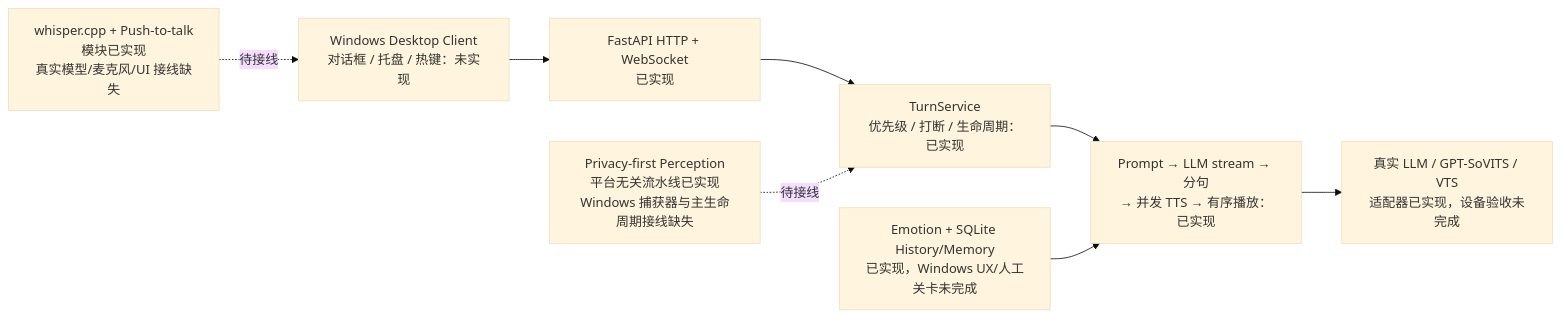
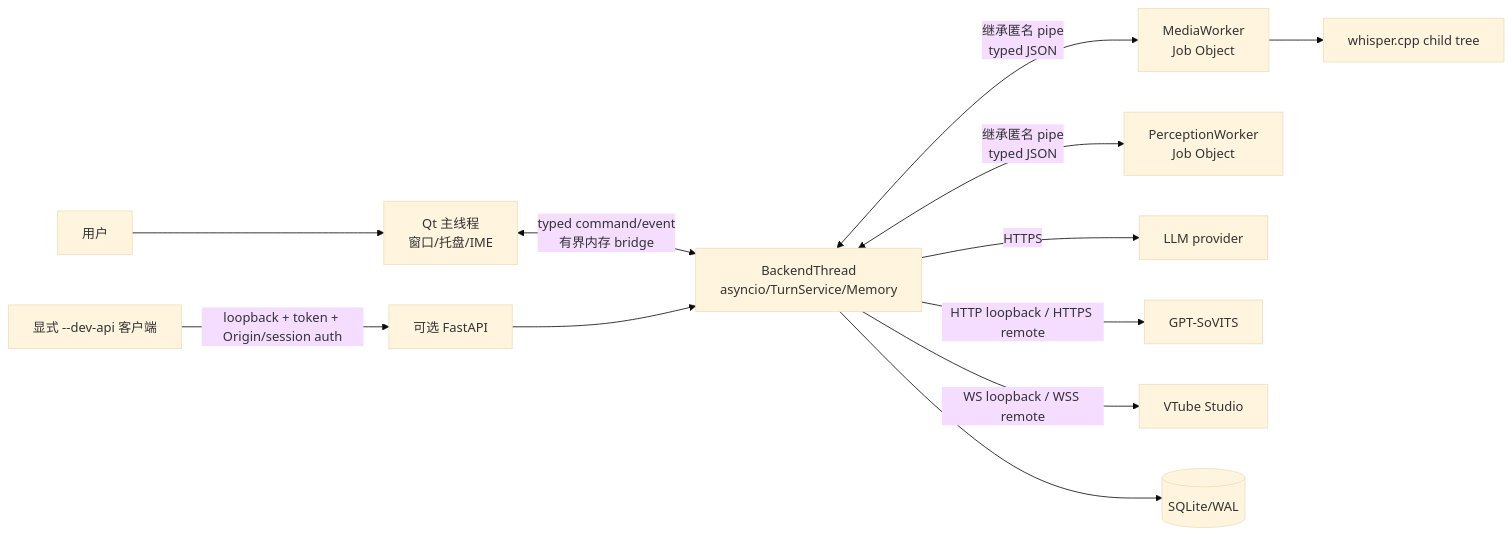
The first of 6 diagrams in docs/windows_development_plan.md (mizusawa-matsuri937/megumin_companion_ai), drawn with Mermaid (base theme) before and after one commit. The commit also changed other lines of this file and 43 other files, not shown here.

````diff
--- a/docs/windows_development_plan.md
+++ b/docs/windows_development_plan.md
@@ -25,16 +251,14 @@
 ```mermaid
 flowchart LR
-    UI["Windows Desktop Client\n对话框 / 托盘 / 热键：未实现"]
-    API["FastAPI HTTP + WebSocket\n已实现"]
-    TURN["TurnService\n优先级 / 打断 / 生命周期：已实现"]
-    PIPE["Prompt → LLM stream → 分句\n→ 并发 TTS → 有序播放：已实现"]
-    EXT["真实 LLM / GPT-SoVITS / VTS\n适配器已实现，设备验收未完成"]
-    STATE["Emotion + SQLite History/Memory\n已实现，Windows UX/人工关卡未完成"]
-    PER["Privacy-first Perception\n平台无关流水线已实现\nWindows 捕获器与主生命周期接线缺失"]
-    VOICE["whisper.cpp + Push-to-talk\n模块已实现\n真实模型/麦克风/UI 接线缺失"]
-
-    UI --> API --> TURN --> PIPE --> EXT
-    STATE --> PIPE
-    PER -. "待接线" .-> TURN
-    VOICE -. "待接线" .-> UI
+    U["用户"] --> QT["Qt 主线程\n窗口/托盘/IME"]
+    QT <-->|"typed command/event\n有界内存 bridge"| BE["BackendThread\nasyncio/TurnService/Memory"]
+    DEV["显式 --dev-api 客户端"] -->|"loopback + token + Origin/session auth"| API["可选 FastAPI"]
+    API --> BE
+    BE <-->|"继承匿名 pipe\ntyped JSON"| MW["MediaWorker\nJob Object"]
+    BE <-->|"继承匿名 pipe\ntyped JSON"| PW["PerceptionWorker\nJob Object"]
+    BE -->|"HTTPS"| LLM["LLM provider"]
+    BE -->|"HTTP loopback / HTTPS remote"| TTS["GPT-SoVITS"]
+    BE -->|"WS loopback / WSS remote"| VTS["VTube Studio"]
+    MW --> WH["whisper.cpp child tree"]
+    BE --> DB[("SQLite/WAL")]
 ```
````
